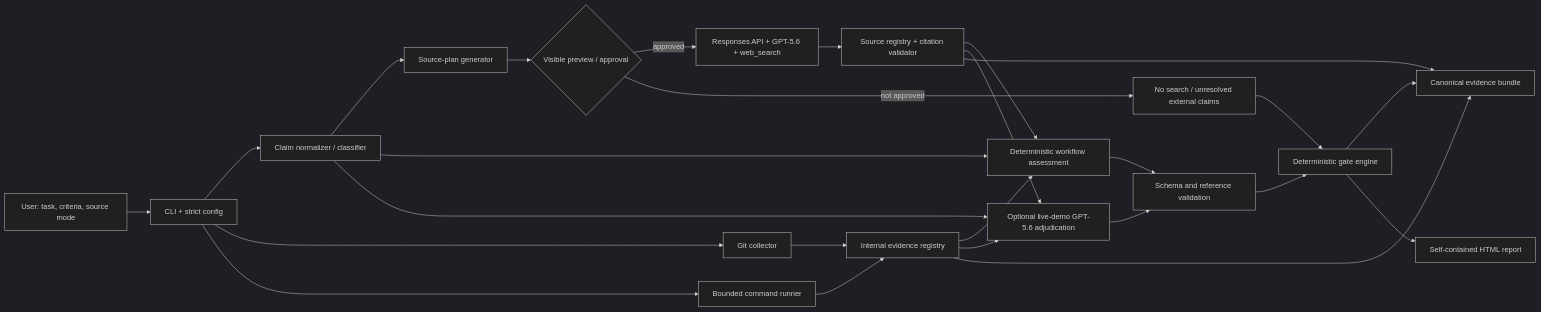
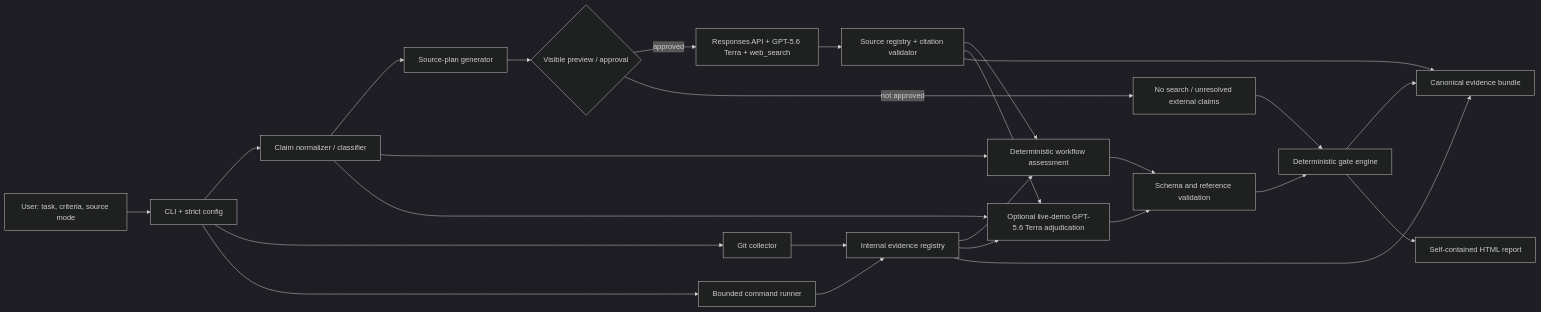
One commit to harsh-choksi/EvidenceGate changed the diagram in docs/ARCHITECTURE.md. Above: the diagram before and after it, drawn with Mermaid (dark theme). The commit also changed other lines of this file and 19 other files, not shown here.

First line of the commit message:
Switch EvidenceGate to GPT-5.6 Terra (#4)

````diff
--- a/docs/ARCHITECTURE.md
+++ b/docs/ARCHITECTURE.md
@@ -15,28 +15,28 @@
 ```mermaid
 flowchart LR
     U["User: task, criteria, source mode"] --> C["CLI + strict config"]
     C --> N["Claim normalizer / classifier"]
     C --> G["Git collector"]
     C --> R["Bounded command runner"]
     G --> IE["Internal evidence registry"]
     R --> IE
     N --> SP["Source-plan generator"]
     SP --> P{"Visible preview / approval"}
-    P -->|approved| WS["Responses API + GPT-5.6 + web_search"]
+    P -->|approved| WS["Responses API + GPT-5.6 Terra + web_search"]
     P -->|not approved| SE["No search / unresolved external claims"]
     WS --> SR["Source registry + citation validator"]
     IE --> LA["Deterministic workflow assessment"]
     SR --> LA
     N --> LA
-    IE --> A["Optional live-demo GPT-5.6 adjudication"]
+    IE --> A["Optional live-demo GPT-5.6 Terra adjudication"]
     SR --> A
     N --> A
     LA --> V["Schema and reference validation"]
     A --> V
     V --> D["Deterministic gate engine"]
     SE --> D
     D --> B["Canonical evidence bundle"]
     D --> H["Self-contained HTML report"]
     SR --> B
     IE --> B
 ```
````
